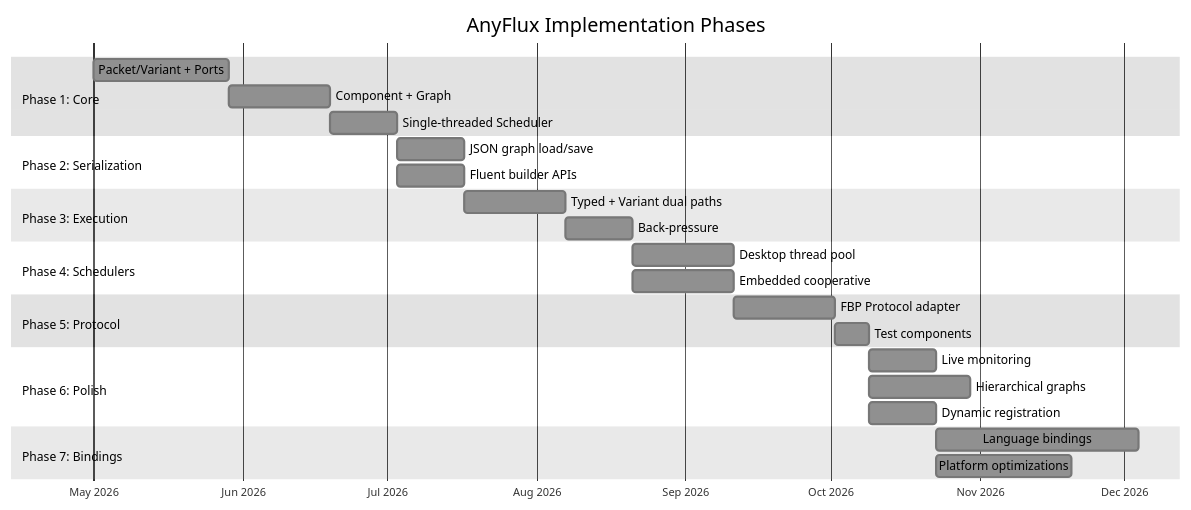
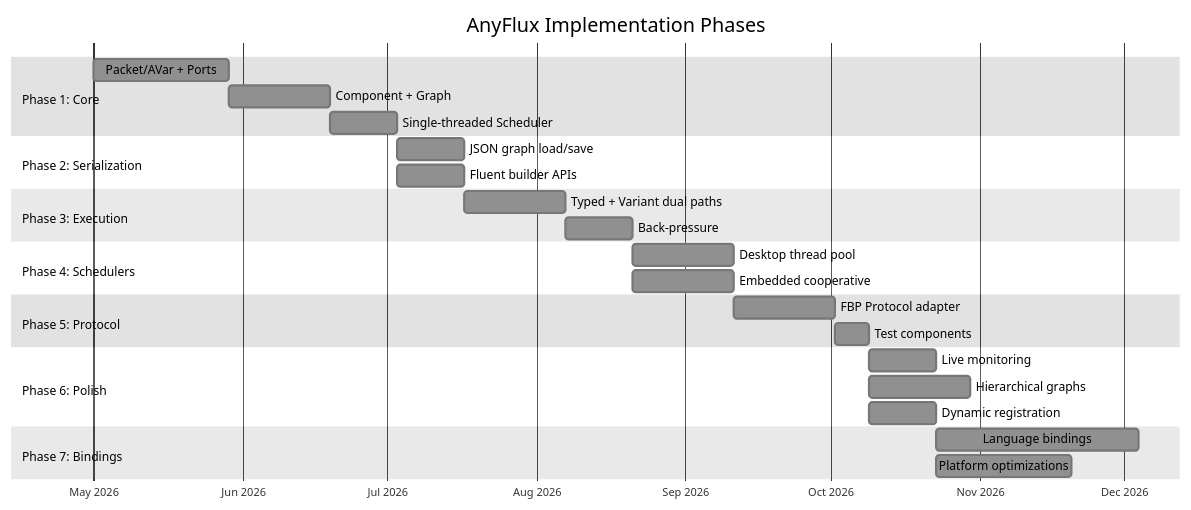
One commit to visionik/anyflux changed diagram 11 of 11 in README.md. Above: the diagram before and after it, drawn with Mermaid. The commit also changed other lines of this file, not shown here.

Commit message:
docs: adopt AnyVar (AVar) as canonical variant format, reference anyvar repo

````diff
--- a/README.md
+++ b/README.md
@@ -513,37 +512,37 @@
 ```mermaid
 %%{init: {'theme': 'base', 'themeVariables': { 'primaryColor': '#909090', 'secondaryColor': '#808080', 'tertiaryColor': '#707070', 'primaryTextColor': '#000000', 'secondaryTextColor': '#000000', 'tertiaryTextColor': '#000000', 'noteTextColor': '#000000', 'lineColor': '#404040' }}}%%
 gantt
     title AnyFlux Implementation Phases
     dateFormat YYYY-MM
     axisFormat %b %Y
 
     section Phase 1: Core
-    Packet/Variant + Ports          :p1a, 2026-05, 4w
+    Packet/AVar + Ports             :p1a, 2026-05, 4w
     Component + Graph               :p1b, after p1a, 3w
     Single-threaded Scheduler       :p1c, after p1b, 2w
 
     section Phase 2: Serialization
     JSON graph load/save            :p2a, after p1c, 2w
     Fluent builder APIs             :p2b, after p1c, 2w
 
     section Phase 3: Execution
     Typed + Variant dual paths      :p3a, after p2a, 3w
     Back-pressure                   :p3b, after p3a, 2w
 
     section Phase 4: Schedulers
     Desktop thread pool             :p4a, after p3b, 3w
     Embedded cooperative            :p4b, after p3b, 3w
 
     section Phase 5: Protocol
     FBP Protocol adapter            :p5a, after p4a, 3w
     Test components                 :p5b, after p5a, 1w
 
     section Phase 6: Polish
     Live monitoring                 :p6a, after p5b, 2w
     Hierarchical graphs             :p6b, after p5b, 3w
     Dynamic registration            :p6c, after p5b, 2w
 
     section Phase 7: Bindings
     Language bindings               :p7a, after p6a, 6w
     Platform optimizations          :p7b, after p6a, 4w
 ```
````
